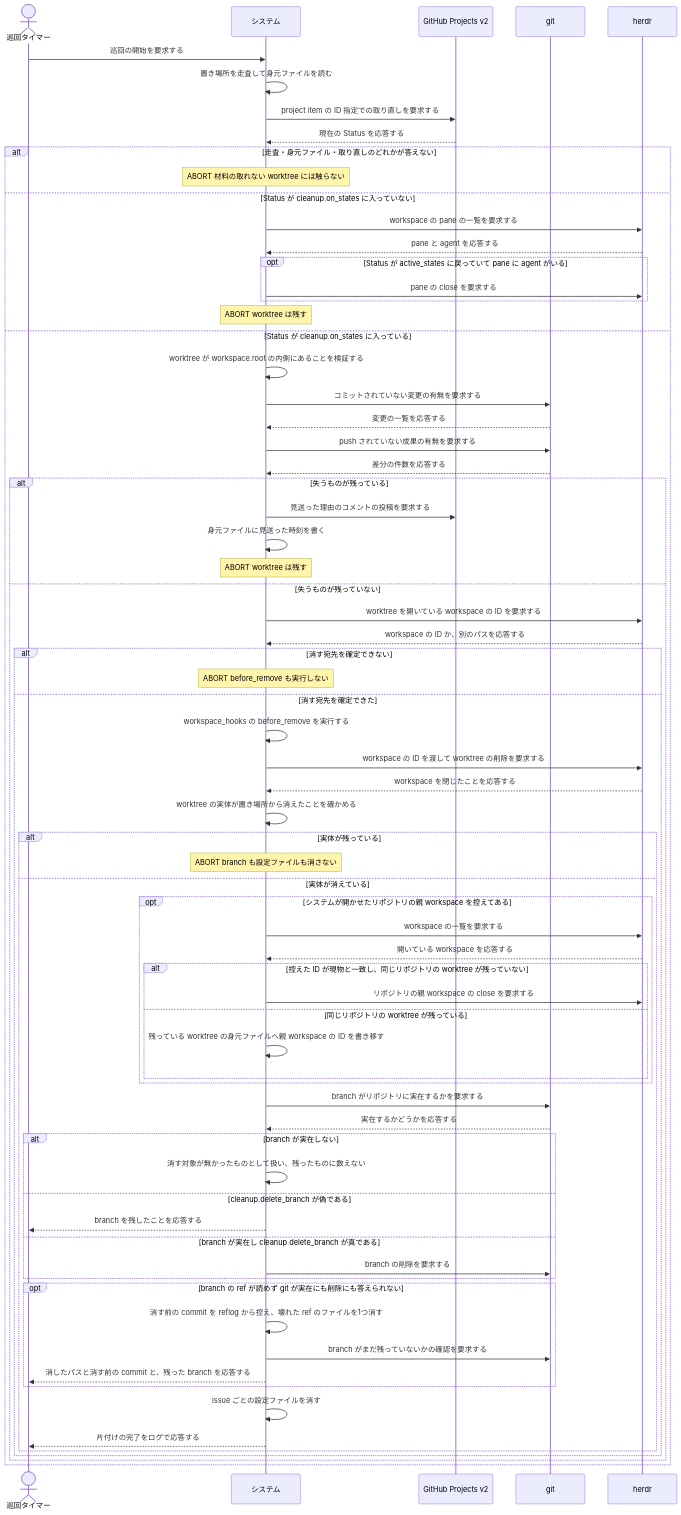
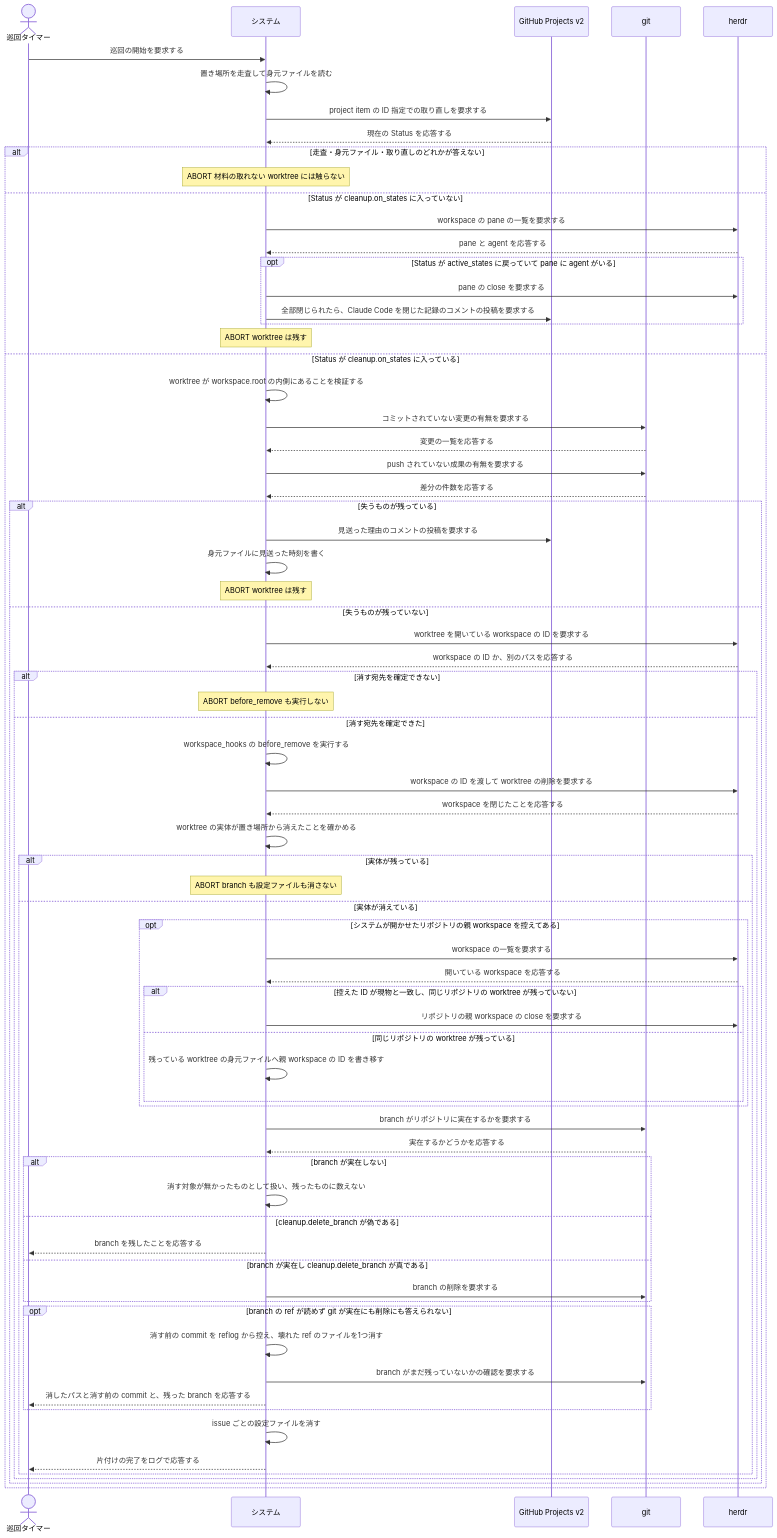
One commit to maimuzo/continuo changed the second of 2 diagrams in docs/spec/usecases/particular_case/worktree と branch を片付ける.rucm.md. Above: the diagram before and after it, drawn with Mermaid. The commit also changed other lines of this file and 84 other files, not shown here.

First line of the commit message:
人間が issue に書いた許可を最初のメッセージに付けて渡す Claude Code を閉じるたびに閉じた記録を書き、その記録より後に信頼できる立場の人間が書いたコメントを次の起動で渡す

````diff
--- a/docs/spec/usecases/particular_case/worktree と branch を片付ける.rucm.md
+++ b/docs/spec/usecases/particular_case/worktree と branch を片付ける.rucm.md
@@ -492,74 +505,75 @@
 ```mermaid
 sequenceDiagram
     actor T as 巡回タイマー
     participant S as システム
     participant GH as GitHub Projects v2
     participant G as git
     participant H as herdr
 
     T->>S: 巡回の開始を要求する
     S->>S: 置き場所を走査して身元ファイルを読む
     S->>GH: project item の ID 指定での取り直しを要求する
     GH-->>S: 現在の Status を応答する
     alt 走査・身元ファイル・取り直しのどれかが答えない
         Note over S: ABORT 材料の取れない worktree には触らない
     else Status が cleanup.on_states に入っていない
         S->>H: workspace の pane の一覧を要求する
         H-->>S: pane と agent を応答する
         opt Status が active_states に戻っていて pane に agent がいる
             S->>H: pane の close を要求する
+            S->>GH: 全部閉じられたら、Claude Code を閉じた記録のコメントの投稿を要求する
         end
         Note over S: ABORT worktree は残す
     else Status が cleanup.on_states に入っている
         S->>S: worktree が workspace.root の内側にあることを検証する
         S->>G: コミットされていない変更の有無を要求する
         G-->>S: 変更の一覧を応答する
         S->>G: push されていない成果の有無を要求する
         G-->>S: 差分の件数を応答する
         alt 失うものが残っている
             S->>GH: 見送った理由のコメントの投稿を要求する
             S->>S: 身元ファイルに見送った時刻を書く
             Note over S: ABORT worktree は残す
         else 失うものが残っていない
             S->>H: worktree を開いている workspace の ID を要求する
             H-->>S: workspace の ID か、別のパスを応答する
             alt 消す宛先を確定できない
                 Note over S: ABORT before_remove も実行しない
             else 消す宛先を確定できた
                 S->>S: workspace_hooks の before_remove を実行する
                 S->>H: workspace の ID を渡して worktree の削除を要求する
                 H-->>S: workspace を閉じたことを応答する
                 S->>S: worktree の実体が置き場所から消えたことを確かめる
                 alt 実体が残っている
                     Note over S: ABORT branch も設定ファイルも消さない
                 else 実体が消えている
                     opt システムが開かせたリポジトリの親 workspace を控えてある
                         S->>H: workspace の一覧を要求する
                         H-->>S: 開いている workspace を応答する
                         alt 控えた ID が現物と一致し、同じリポジトリの worktree が残っていない
                             S->>H: リポジトリの親 workspace の close を要求する
                         else 同じリポジトリの worktree が残っている
                             S->>S: 残っている worktree の身元ファイルへ親 workspace の ID を書き移す
                         end
                     end
                     S->>G: branch がリポジトリに実在するかを要求する
                     G-->>S: 実在するかどうかを応答する
                     alt branch が実在しない
                         S->>S: 消す対象が無かったものとして扱い、残ったものに数えない
                     else cleanup.delete_branch が偽である
                         S-->>T: branch を残したことを応答する
                     else branch が実在し cleanup.delete_branch が真である
                         S->>G: branch の削除を要求する
                     end
                     opt branch の ref が読めず git が実在にも削除にも答えられない
                         S->>S: 消す前の commit を reflog から控え、壊れた ref のファイルを1つ消す
                         S->>G: branch がまだ残っていないかの確認を要求する
                         S-->>T: 消したパスと消す前の commit と、残った branch を応答する
                     end
                     S->>S: issue ごとの設定ファイルを消す
                     S-->>T: 片付けの完了をログで応答する
                 end
             end
         end
     end
 ```
````
